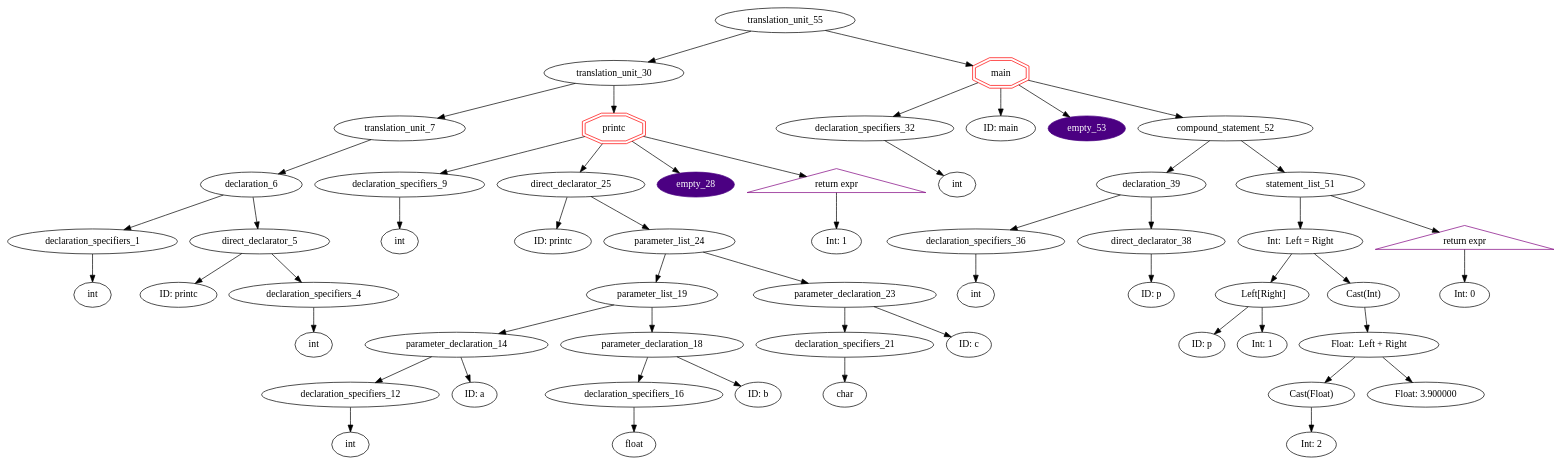
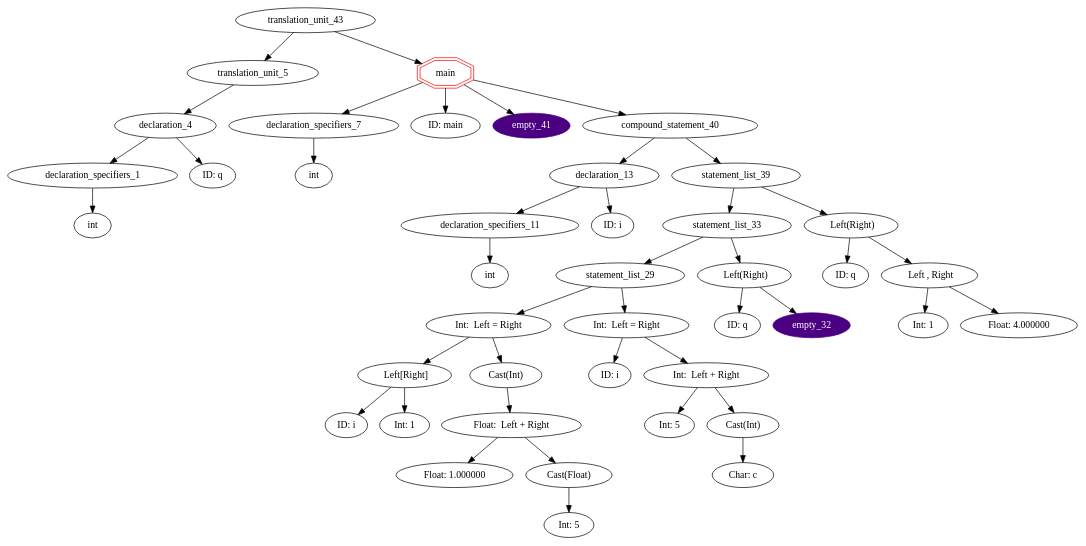
The diagram in graphs/default.gv (ahpalmerUNR/c_compiler), drawn with Graphviz before and after one commit. The commit also changed 2 other files, not shown here.

Commit message:
type checking [] and function call with empty ()

```diff
--- a/graphs/default.gv
+++ b/graphs/default.gv
@@ -1,98 +1,79 @@
 digraph AST {
-	translation_unit_55 -> translation_unit_30;
-	translation_unit_30 -> translation_unit_7;
-	translation_unit_7 -> declaration_6;
-	declaration_6 [label="declaration_6"]
-	declaration_6 -> declaration_specifiers_1;
+	translation_unit_43 -> translation_unit_5;
+	translation_unit_5 -> declaration_4;
+	declaration_4 [label="declaration_4"]
+	declaration_4 -> declaration_specifiers_1;
 	declaration_specifiers_1 [label="declaration_specifiers_1"]
 	declaration_specifiers_1 -> type_specifier_0;
 	type_specifier_0 [label="int"]
-	declaration_6 -> direct_declarator_5;
-	direct_declarator_5 -> identifier_2;
-	identifier_2 [label="ID: printc"]
-	direct_declarator_5 -> declaration_specifiers_4;
-	declaration_specifiers_4 [label="declaration_specifiers_4"]
-	declaration_specifiers_4 -> type_specifier_3;
-	type_specifier_3 [label="int"]
-	translation_unit_30 -> function_definition_29;
-	function_definition_29 [shape=doubleoctagon,color=red,label="printc"]
-	function_definition_29 -> declaration_specifiers_9;
-	declaration_specifiers_9 [label="declaration_specifiers_9"]
-	declaration_specifiers_9 -> type_specifier_8;
-	type_specifier_8 [label="int"]
-	function_definition_29 -> direct_declarator_25;
-	direct_declarator_25 -> identifier_10;
-	identifier_10 [label="ID: printc"]
-	direct_declarator_25 -> parameter_list_24;
-	parameter_list_24 -> parameter_list_19;
-	parameter_list_19 -> parameter_declaration_14;
-	parameter_declaration_14 -> declaration_specifiers_12;
-	declaration_specifiers_12 [label="declaration_specifiers_12"]
-	declaration_specifiers_12 -> type_specifier_11;
-	type_specifier_11 [label="int"]
-	parameter_declaration_14 -> identifier_13;
-	identifier_13 [label="ID: a"]
-	parameter_list_19 -> parameter_declaration_18;
-	parameter_declaration_18 -> declaration_specifiers_16;
-	declaration_specifiers_16 [label="declaration_specifiers_16"]
-	declaration_specifiers_16 -> type_specifier_15;
-	type_specifier_15 [label="float"]
-	parameter_declaration_18 -> identifier_17;
-	identifier_17 [label="ID: b"]
-	parameter_list_24 -> parameter_declaration_23;
-	parameter_declaration_23 -> declaration_specifiers_21;
-	declaration_specifiers_21 [label="declaration_specifiers_21"]
-	declaration_specifiers_21 -> type_specifier_20;
-	type_specifier_20 [label="char"]
-	parameter_declaration_23 -> identifier_22;
-	identifier_22 [label="ID: c"]
-	function_definition_29 -> empty_28;
-	empty_28 [style=filled,color=indigo,fontcolor=white]
-	function_definition_29 -> jump_statement_27;
-	jump_statement_27 [shape = triangle,color=purple,label="return expr"]
-	jump_statement_27 -> constant_26;
-	constant_26 [label="Int: 1"]
-	translation_unit_55 -> function_definition_54;
-	function_definition_54 [shape=doubleoctagon,color=red,label="main"]
-	function_definition_54 -> declaration_specifiers_32;
-	declaration_specifiers_32 [label="declaration_specifiers_32"]
-	declaration_specifiers_32 -> type_specifier_31;
-	type_specifier_31 [label="int"]
-	function_definition_54 -> identifier_33;
-	identifier_33 [label="ID: main"]
-	function_definition_54 -> empty_53;
-	empty_53 [style=filled,color=indigo,fontcolor=white]
-	function_definition_54 -> compound_statement_52;
-	compound_statement_52 -> declaration_39;
-	declaration_39 [label="declaration_39"]
-	declaration_39 -> declaration_specifiers_36;
-	declaration_specifiers_36 [label="declaration_specifiers_36"]
-	declaration_specifiers_36 -> type_specifier_35;
-	type_specifier_35 [label="int"]
-	declaration_39 -> direct_declarator_38;
-	direct_declarator_38 -> identifier_37;
-	identifier_37 [label="ID: p"]
-	compound_statement_52 -> statement_list_51;
-	statement_list_51 -> assignment_expression_47;
-	assignment_expression_47 [label="Int:  Left = Right"]
-	assignment_expression_47 -> postfix_expression_42;
-	postfix_expression_42 [label="  Left[Right]"]
-	postfix_expression_42 -> identifier_40;
-	identifier_40 [label="ID: p"]
-	postfix_expression_42 -> constant_41;
-	constant_41 [label="Int: 1"]
-	assignment_expression_47 -> Implicit_Cast_48;
-	Implicit_Cast_48 [label="Cast(Int)"]
-	Implicit_Cast_48 -> operator_expression_45;
-	operator_expression_45 [label="Float:  Left + Right"]
-	operator_expression_45 -> Implicit_Cast46;
-	Implicit_Cast46 [label="Cast(Float)"]
-	Implicit_Cast46 -> constant_43;
-	constant_43 [label="Int: 2"]
-	operator_expression_45 -> constant_44;
-	constant_44 [label="Float: 3.900000"]
-	statement_list_51 -> jump_statement_50;
-	jump_statement_50 [shape = triangle,color=purple,label="return expr"]
-	jump_statement_50 -> constant_49;
-	constant_49 [label="Int: 0"]
+	declaration_4 -> identifier_2;
+	identifier_2 [label="ID: q"]
+	translation_unit_43 -> function_definition_42;
+	function_definition_42 [shape=doubleoctagon,color=red,label="main"]
+	function_definition_42 -> declaration_specifiers_7;
+	declaration_specifiers_7 [label="declaration_specifiers_7"]
+	declaration_specifiers_7 -> type_specifier_6;
+	type_specifier_6 [label="int"]
+	function_definition_42 -> identifier_8;
+	identifier_8 [label="ID: main"]
+	function_definition_42 -> empty_41;
+	empty_41 [style=filled,color=indigo,fontcolor=white]
+	function_definition_42 -> compound_statement_40;
+	compound_statement_40 -> declaration_13;
+	declaration_13 [label="declaration_13"]
+	declaration_13 -> declaration_specifiers_11;
+	declaration_specifiers_11 [label="declaration_specifiers_11"]
+	declaration_specifiers_11 -> type_specifier_10;
+	type_specifier_10 [label="int"]
+	declaration_13 -> identifier_12;
+	identifier_12 [label="ID: i"]
+	compound_statement_40 -> statement_list_39;
+	statement_list_39 -> statement_list_33;
+	statement_list_33 -> statement_list_29;
+	statement_list_29 -> assignment_expression_21;
+	assignment_expression_21 [label="Int:  Left = Right"]
+	assignment_expression_21 -> postfix_expression_16;
+	postfix_expression_16 [label="  Left[Right]"]
+	postfix_expression_16 -> identifier_14;
+	identifier_14 [label="ID: i"]
+	postfix_expression_16 -> constant_15;
+	constant_15 [label="Int: 1"]
+	assignment_expression_21 -> Implicit_Cast_22;
+	Implicit_Cast_22 [label="Cast(Int)"]
+	Implicit_Cast_22 -> operator_expression_19;
+	operator_expression_19 [label="Float:  Left + Right"]
+	operator_expression_19 -> constant_17;
+	constant_17 [label="Float: 1.000000"]
+	operator_expression_19 -> Implicit_Cast20;
+	Implicit_Cast20 [label="Cast(Float)"]
+	Implicit_Cast20 -> constant_18;
+	constant_18 [label="Int: 5"]
+	statement_list_29 -> assignment_expression_28;
+	assignment_expression_28 [label="Int:  Left = Right"]
+	assignment_expression_28 -> identifier_23;
+	identifier_23 [label="ID: i"]
+	assignment_expression_28 -> operator_expression_26;
+	operator_expression_26 [label="Int:  Left + Right"]
+	operator_expression_26 -> constant_24;
+	constant_24 [label="Int: 5"]
+	operator_expression_26 -> Implicit_Cast27;
+	Implicit_Cast27 [label="Cast(Int)"]
+	Implicit_Cast27 -> constant_25;
+	constant_25 [label="Char: c"]
+	statement_list_33 -> postfix_expression_31;
+	postfix_expression_31 [label="  Left(Right)"]
+	postfix_expression_31 -> identifier_30;
+	identifier_30 [label="ID: q"]
+	postfix_expression_31 -> empty_32;
+	empty_32 [style=filled,color=indigo,fontcolor=white]
+	statement_list_39 -> postfix_expression_38;
+	postfix_expression_38 [label="  Left(Right)"]
+	postfix_expression_38 -> identifier_34;
+	identifier_34 [label="ID: q"]
+	postfix_expression_38 -> argument_expression_list_37;
+	argument_expression_list_37 [label="  Left , Right"]
+	argument_expression_list_37 -> constant_35;
+	constant_35 [label="Int: 1"]
+	argument_expression_list_37 -> constant_36;
+	constant_36 [label="Float: 4.000000"]
 }
```
